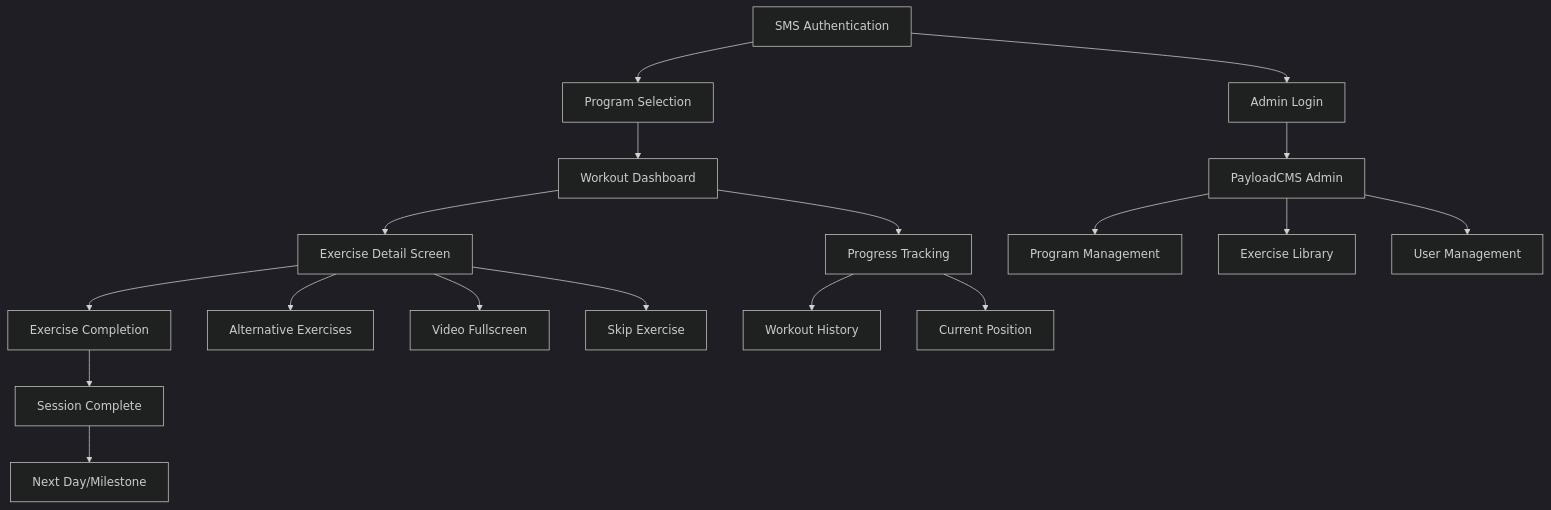
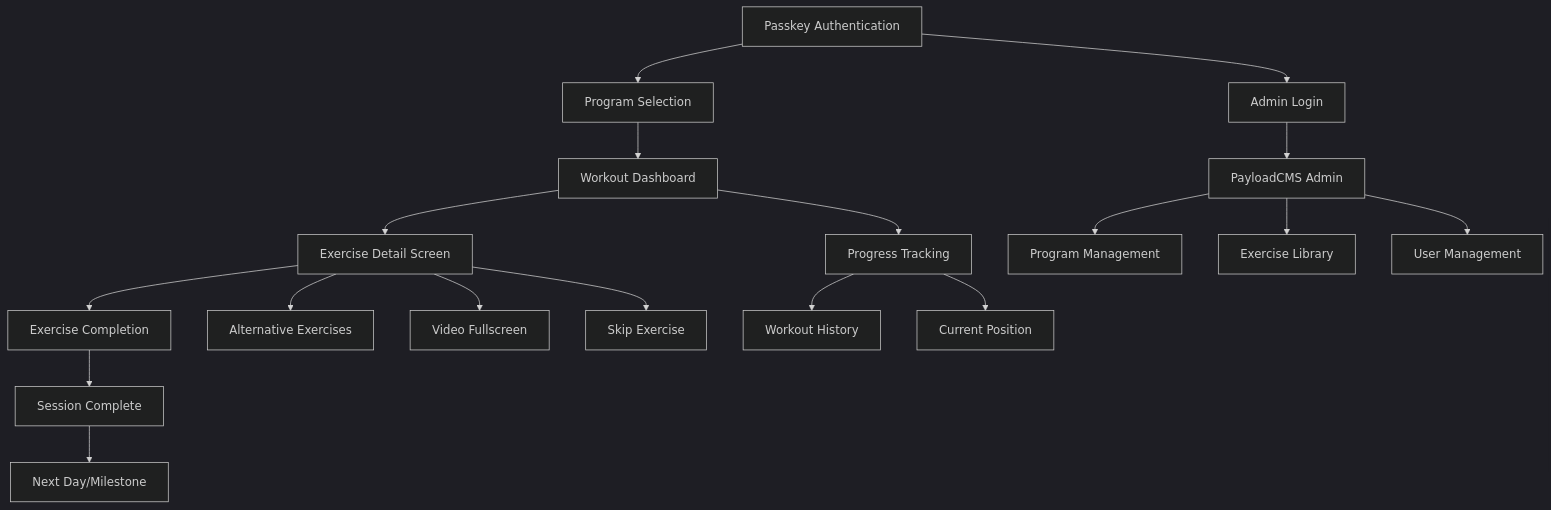
One commit to justinsisley/workout changed the first of 4 diagrams in docs/front-end-spec.md. Above: the diagram before and after it, drawn with Mermaid (dark theme). The commit also changed other lines of this file and 44 other files, not shown here.

````diff
--- a/docs/front-end-spec.md
+++ b/docs/front-end-spec.md
@@ -58,23 +58,23 @@
 ```mermaid
 graph TD
-    A[SMS Authentication] --> B[Program Selection]
+    A[Passkey Authentication] --> B[Program Selection]
     B --> C[Workout Dashboard]
     C --> D[Exercise Detail Screen]
     D --> E[Exercise Completion]
     E --> F[Session Complete]
     F --> G[Next Day/Milestone]
 
     A --> H[Admin Login]
     H --> I[PayloadCMS Admin]
     I --> J[Program Management]
     I --> K[Exercise Library]
     I --> L[User Management]
 
     C --> M[Progress Tracking]
     M --> N[Workout History]
     M --> O[Current Position]
 
     D --> P[Alternative Exercises]
     D --> Q[Video Fullscreen]
     D --> R[Skip Exercise]
 ```
````
